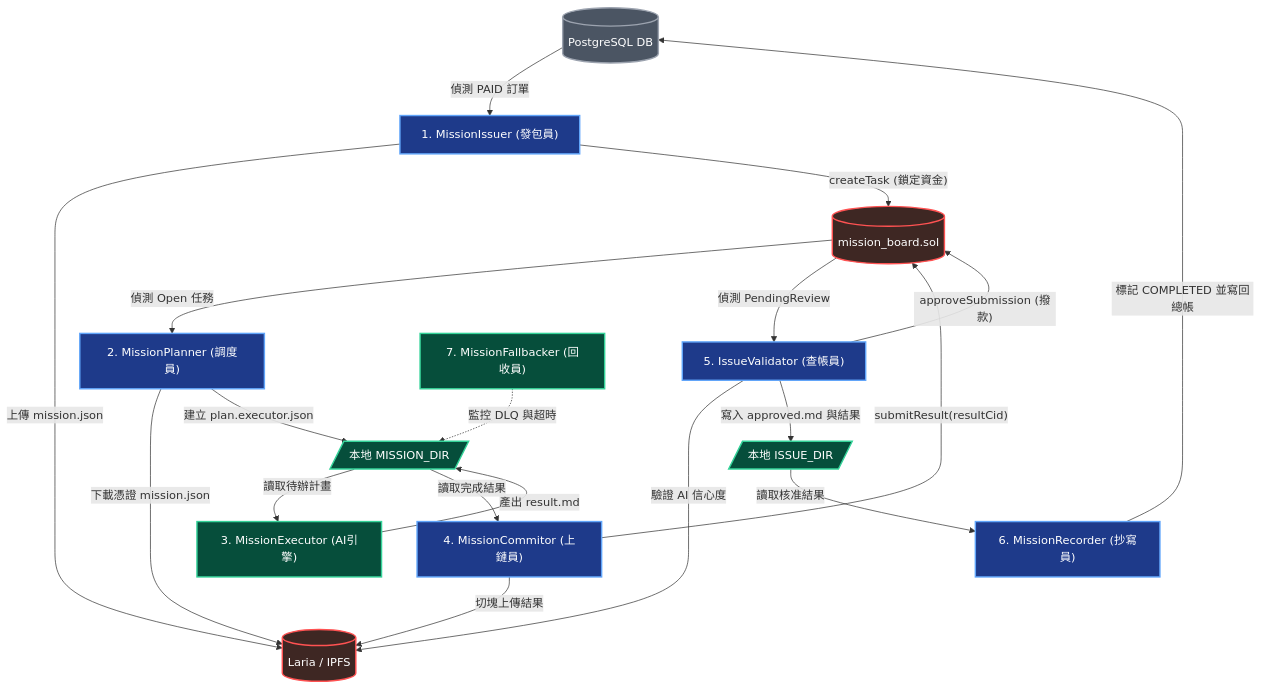
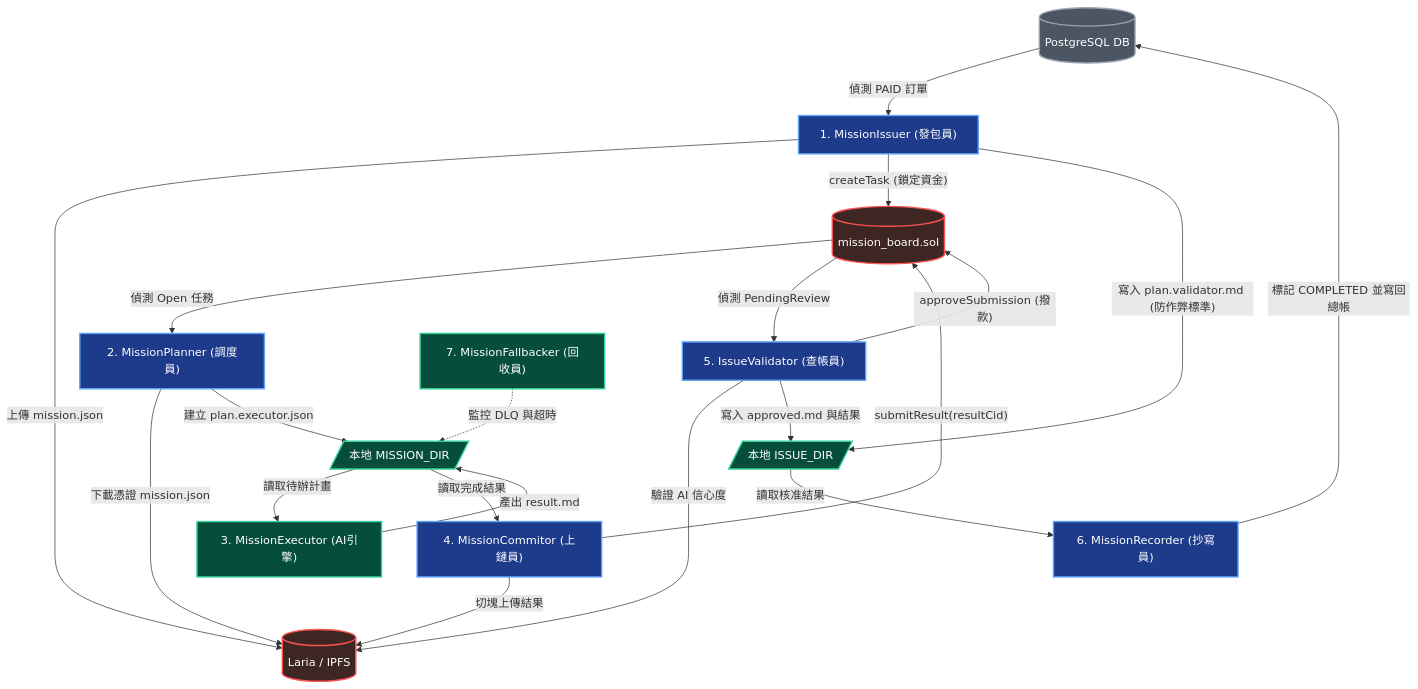
Before and after one commit to CAFECA-IO/iSunFA: the diagram in documents/architecture/async_workers/00_async_worker_overview.md, drawn with Mermaid. The commit also changed other lines of this file, not shown here.

Commit message:
docs: add validator anti-cheat logic, fallbacker happy path, and correct pipeline order

````diff
--- a/documents/architecture/async_workers/00_async_worker_overview.md
+++ b/documents/architecture/async_workers/00_async_worker_overview.md
@@ -13,47 +13,48 @@
 ```mermaid
 graph TD
     %% Define Node Styles
     classDef web2 fill:#4B5563,stroke:#9CA3AF,stroke-width:2px,color:#fff;
     classDef web3 fill:#1E3A8A,stroke:#60A5FA,stroke-width:2px,color:#fff;
     classDef local fill:#064E3B,stroke:#34D399,stroke-width:2px,color:#fff;
     classDef contract fill:#3E2723,stroke:#FF5252,stroke-width:2px,color:#fff,shape:cylinder;
 
     Web2DB[(PostgreSQL DB)]:::web2
     MissionBoard[(mission_board.sol)]:::contract
     IPFS[(Laria / IPFS)]:::contract
     MissionDir[/"本地 MISSION_DIR"/]:::local
 
     Issuer["1. MissionIssuer (發包員)"]:::web3
     Planner["2. MissionPlanner (調度員)"]:::web3
     Executor["3. MissionExecutor (AI引擎)"]:::local
     Commitor["4. MissionCommitor (上鏈員)"]:::web3
     Validator["5. IssueValidator (查帳員)"]:::web3
     Recorder["6. MissionRecorder (抄寫員)"]:::web3
     Fallbacker["7. MissionFallbacker (回收員)"]:::local
 
     %% Flow
     Web2DB -- "偵測 PAID 訂單" --> Issuer
     Issuer -- "上傳 mission.json" --> IPFS
     Issuer -- "createTask (鎖定資金)" --> MissionBoard
+    Issuer -- "寫入 plan.validator.md (防作弊標準)" --> IssueDir[/"本地 ISSUE_DIR"/]:::local
     
     MissionBoard -- "偵測 Open 任務" --> Planner
     Planner -- "下載憑證 mission.json" --> IPFS
     Planner -- "建立 plan.executor.json" --> MissionDir
 
     MissionDir -- "讀取待辦計畫" --> Executor
     Executor -- "產出 result.md" --> MissionDir
 
     MissionDir -- "讀取完成結果" --> Commitor
     Commitor -- "切塊上傳結果" --> IPFS
     Commitor -- "submitResult(resultCid)" --> MissionBoard
 
     MissionBoard -- "偵測 PendingReview" --> Validator
     Validator -- "驗證 AI 信心度" --> IPFS
     Validator -- "approveSubmission (撥款)" --> MissionBoard
     Validator -- "寫入 approved.md 與結果" --> IssueDir[/"本地 ISSUE_DIR"/]:::local
 
     IssueDir -- "讀取核准結果" --> Recorder
     Recorder -- "標記 COMPLETED 並寫回總帳" --> Web2DB
 
     Fallbacker -. "監控 DLQ 與超時" .-> MissionDir
 ```
````
